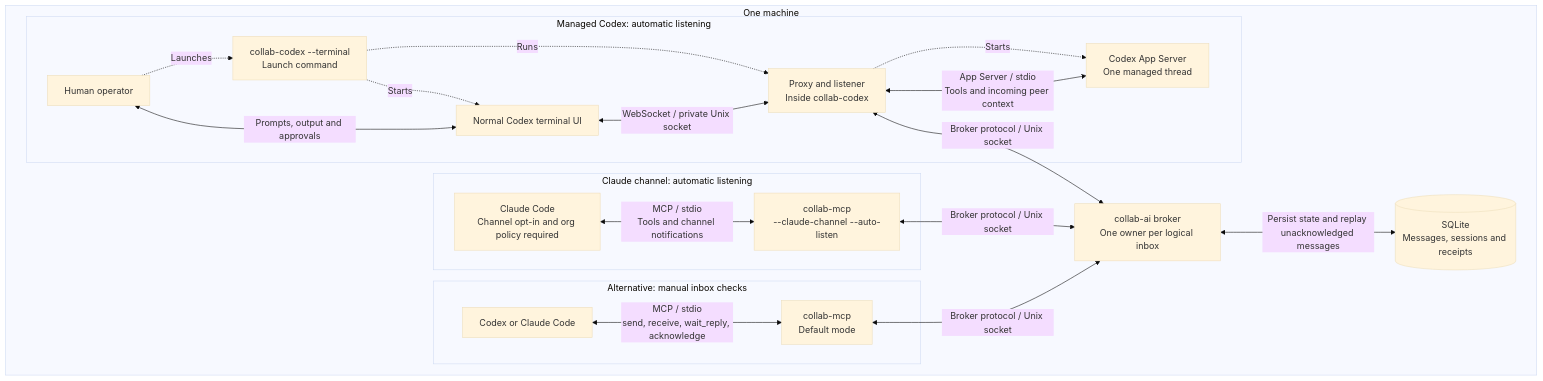
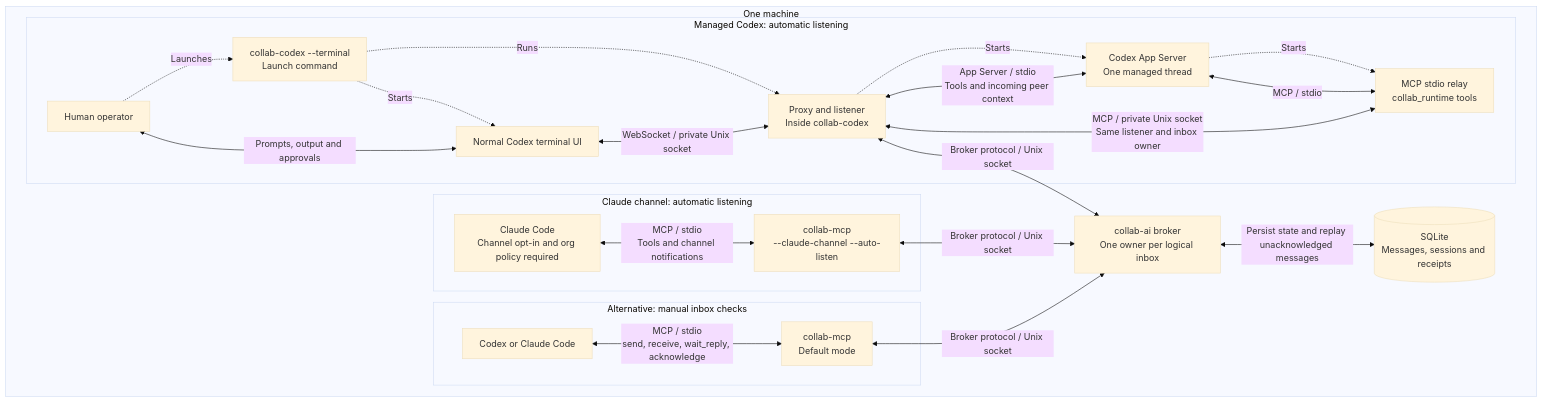
One commit to makarski/collab-ai changed the diagram in README.md. Above: the diagram before and after it, drawn with Mermaid (base theme). The commit also changed other lines of this file and 10 other files, not shown here.

Commit message:
Enable managed resume and fork with shared runtime MCP tools

````diff
--- a/README.md
+++ b/README.md
@@ -16,36 +16,40 @@
 ```mermaid
 flowchart TB
     subgraph local["One machine"]
         subgraph codexPath["Managed Codex: automatic listening"]
             human["Human operator"]
             codexLauncher["collab-codex --terminal<br/>Launch command"]
             codexUI["Normal Codex terminal UI"]
             codexProxy["Proxy and listener<br/>Inside collab-codex"]
             codexHost["Codex App Server<br/>One managed thread"]
+            codexRelay["MCP stdio relay<br/>collab_runtime tools"]
             human -.->|"Launches"| codexLauncher
             codexLauncher -.->|"Starts"| codexUI
             codexLauncher -.->|"Runs"| codexProxy
             codexProxy -.->|"Starts"| codexHost
+            codexHost -.->|"Starts"| codexRelay
             human <-->|"Prompts, output and approvals"| codexUI
             codexUI <-->|"WebSocket / private Unix socket"| codexProxy
             codexProxy <-->|"App Server / stdio<br/>Tools and incoming peer context"| codexHost
+            codexHost <-->|"MCP / stdio"| codexRelay
+            codexRelay <-->|"MCP / private Unix socket<br/>Same listener and inbox owner"| codexProxy
         end
 
         subgraph claudePath["Claude channel: automatic listening"]
             claude["Claude Code<br/>Channel opt-in and org policy required"]
             claudeMcp["collab-mcp<br/>--claude-channel --auto-listen"]
             claude <-->|"MCP / stdio<br/>Tools and channel notifications"| claudeMcp
         end
 
         subgraph manualPath["Alternative: manual inbox checks"]
             agent["Codex or Claude Code"]
             manualMcp["collab-mcp<br/>Default mode"]
             agent <-->|"MCP / stdio<br/>send, receive, wait_reply, acknowledge"| manualMcp
         end
 
         codexProxy <-->|"Broker protocol / Unix socket"| broker["collab-ai broker<br/>One owner per logical inbox"]
         claudeMcp <-->|"Broker protocol / Unix socket"| broker
         manualMcp <-->|"Broker protocol / Unix socket"| broker
         broker <-->|"Persist state and replay unacknowledged messages"| db[("SQLite<br/>Messages, sessions and receipts")]
     end
 ```
````
